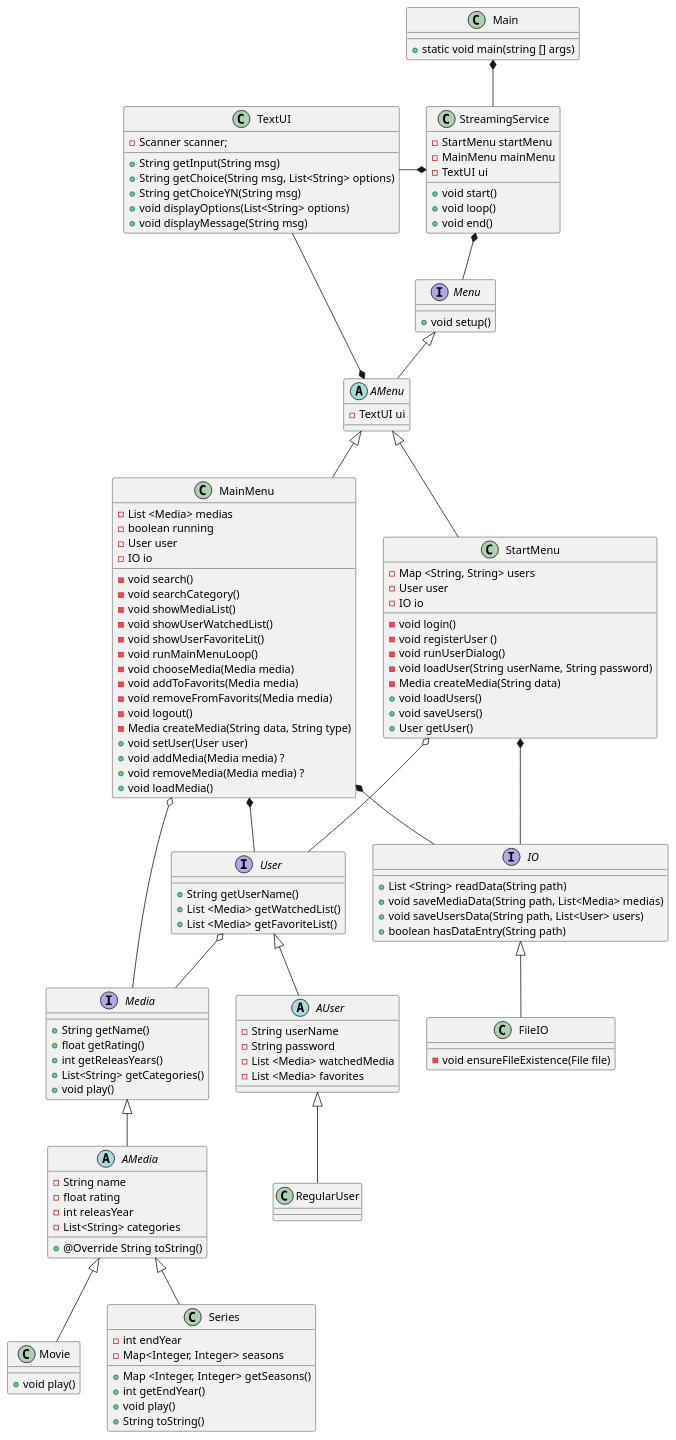
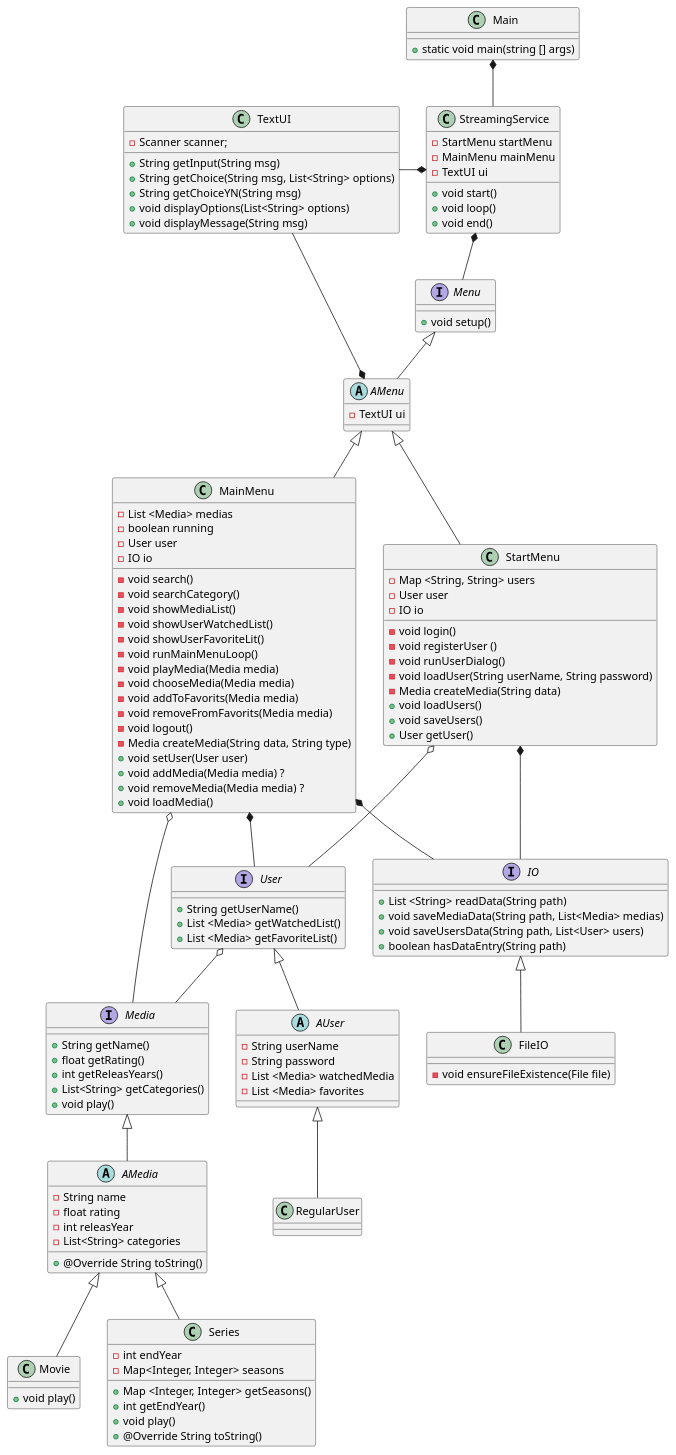
Before and after one commit to Shiihon/SP3_plus: the diagram in doc/dynamic/sequence.puml, drawn with PlantUML.

Commit message:
Update class diagram

```diff
--- a/doc/dynamic/sequence.puml
+++ b/doc/dynamic/sequence.puml
@@ -1,151 +1,152 @@
 @startuml
 class Main
 class StreamingService
 interface Menu
 abstract class AMenu
 class StartMenu
 class MainMenu
 interface User
 abstract class AUser
 class RegularUser
 interface Media
 abstract class AMedia
 class Movie
 class Series
 interface IO
 class FileIO
 class TextUI
 
 Main *-- StreamingService
 StreamingService *-- Menu
 Menu <|-- AMenu
 AMenu <|-- StartMenu
 AMenu <|-- MainMenu
 AMenu *-- TextUI
 StartMenu *-- IO
 MainMenu *-- IO
 IO <|-- FileIO
 StartMenu o-- User
 MainMenu *-- User
 User <|-- AUser
 AUser <|-- RegularUser
 MainMenu o-- Media
 User o-- Media
 Media <|-- AMedia
 AMedia <|-- Movie
 AMedia <|-- Series
 
 
 Main : + static void main(string [] args)
 
 
 StreamingService : - StartMenu startMenu
 StreamingService : - MainMenu mainMenu
 StreamingService : - TextUI ui
 
 StreamingService : + void start()
 StreamingService : + void loop()
 StreamingService : + void end()
 
 
 StreamingService *-l- TextUI
 
 
 Menu : + void setup()
 
 
 AMenu : - TextUI ui
 
 
 StartMenu : - Map <String, String> users
 StartMenu : - User user
 StartMenu : - IO io
 
 StartMenu : - void login()
 StartMenu : - void registerUser ()
 StartMenu : - void runUserDialog()
 StartMenu : - void loadUser(String userName, String password)
 StartMenu : - Media createMedia(String data)
 StartMenu : + void loadUsers()
 StartMenu : + void saveUsers()
 StartMenu : + User getUser()
 
 
 MainMenu : - List <Media> medias
 MainMenu : - boolean running
 MainMenu : - User user
 MainMenu : - IO io
 
 MainMenu : - void search()
 MainMenu : - void searchCategory()
 MainMenu : - void showMediaList()
 MainMenu : - void showUserWatchedList()
 MainMenu : - void showUserFavoriteLit()
 MainMenu : - void runMainMenuLoop()
+MainMenu : - void playMedia(Media media)
 MainMenu : - void chooseMedia(Media media)
 MainMenu : - void addToFavorits(Media media)
 MainMenu : - void removeFromFavorits(Media media)
 MainMenu : - void logout()
 MainMenu : - Media createMedia(String data, String type)
 MainMenu : + void setUser(User user)
 MainMenu : + void addMedia(Media media) ?
 MainMenu : + void removeMedia(Media media) ?
 MainMenu : + void loadMedia()
 
 
 User : + String getUserName()
 User : + List <Media> getWatchedList()
 User : + List <Media> getFavoriteList()
 
 
 AUser : - String userName
 AUser : - String password
 AUser : - List <Media> watchedMedia
 AUser : - List <Media> favorites
 
 
 Media : + String getName()
 Media : + float getRating()
 Media : + int getReleasYears()
 Media : + List<String> getCategories()
 Media : + void play()
 
 
 AMedia : - String name
 AMedia : - float rating
 AMedia : - int releasYear
 AMedia : - List<String> categories
 
 AMedia : + @Override String toString()
 
 
 Series : - int endYear
 Series : - Map<Integer, Integer> seasons
 Series : + Map <Integer, Integer> getSeasons()
 
 Series : + int getEndYear()
 Series : + void play()
-Series : + String toString()
+Series : + @Override String toString()
 
 
 Movie : + void play()
 
 
 IO : + List <String> readData(String path)
 IO : + void saveMediaData(String path, List<Media> medias)
 IO : + void saveUsersData(String path, List<User> users)
 IO : + boolean hasDataEntry(String path)
 
 
 FileIO : - void ensureFileExistence(File file)
 
 
 TextUI : - Scanner scanner;
 
 TextUI : + String getInput(String msg)
 TextUI : + String getChoice(String msg, List<String> options)
 TextUI : + String getChoiceYN(String msg)
 TextUI : + void displayOptions(List<String> options)
 TextUI : + void displayMessage(String msg)
 
 @enduml
```
